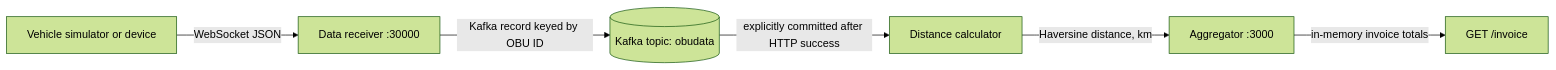
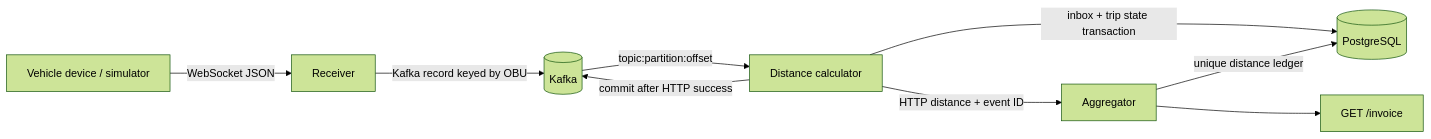
The diagram in Readme.md (Tanmoy095/FleetToll-Engine), drawn with Mermaid (forest theme) before and after one commit. The commit also changed other lines of this file, not shown here.

````diff
--- a/Readme.md
+++ b/Readme.md
@@ -15,8 +24,11 @@
 ```mermaid
 flowchart LR
-  OBU[Vehicle simulator or device] -->|WebSocket JSON| R[Data receiver :30000]
-  R -->|Kafka record keyed by OBU ID| K[(Kafka topic: obudata)]
-  K -->|explicitly committed after HTTP success| D[Distance calculator]
-  D -->|Haversine distance, km| A[Aggregator :3000]
-  A -->|in-memory invoice totals| Q[GET /invoice]
+  Device[Vehicle device / simulator] -->|WebSocket JSON| Receiver[Receiver]
+  Receiver -->|Kafka record keyed by OBU| Kafka[(Kafka)]
+  Kafka -->|topic:partition:offset| Calculator[Distance calculator]
+  Calculator -->|inbox + trip state transaction| DB[(PostgreSQL)]
+  Calculator -->|HTTP distance + event ID| Aggregator[Aggregator]
+  Aggregator -->|unique distance ledger| DB
+  Aggregator --> Invoice[GET /invoice]
+  Calculator -->|commit after HTTP success| Kafka
 ```
````
